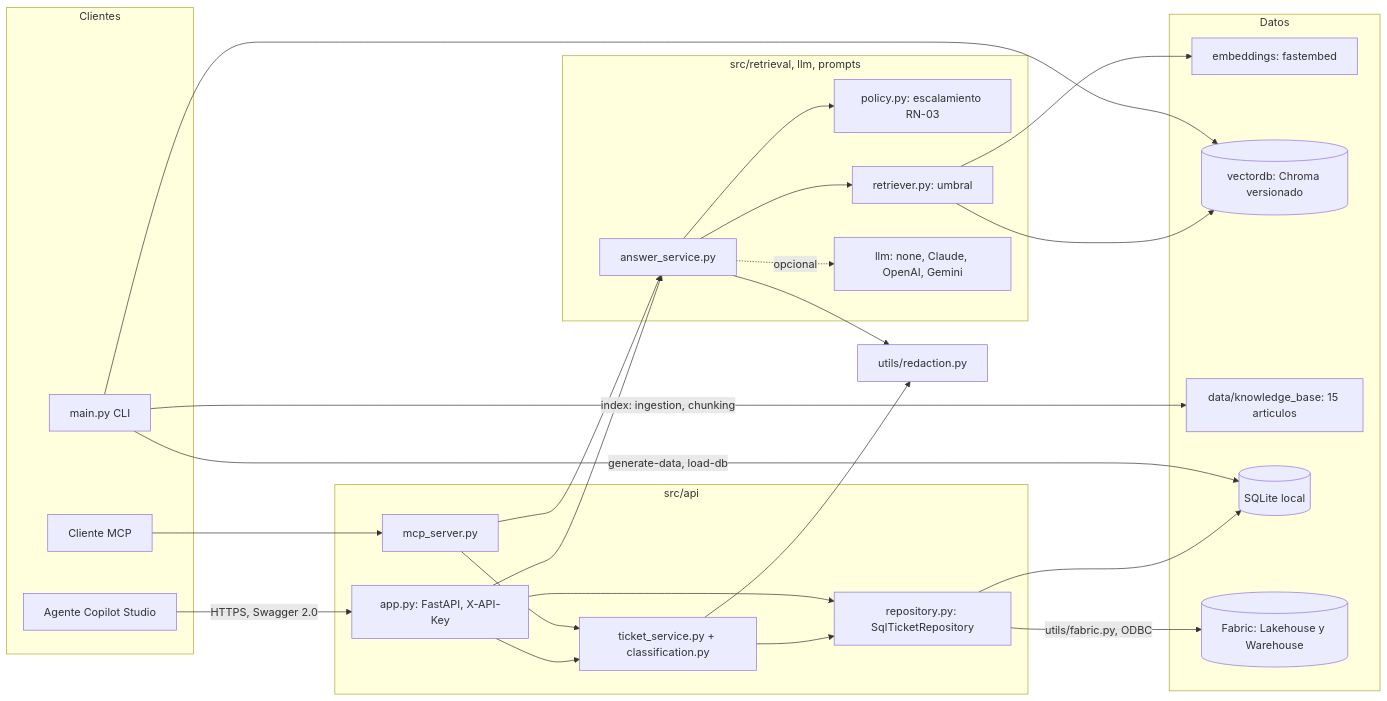
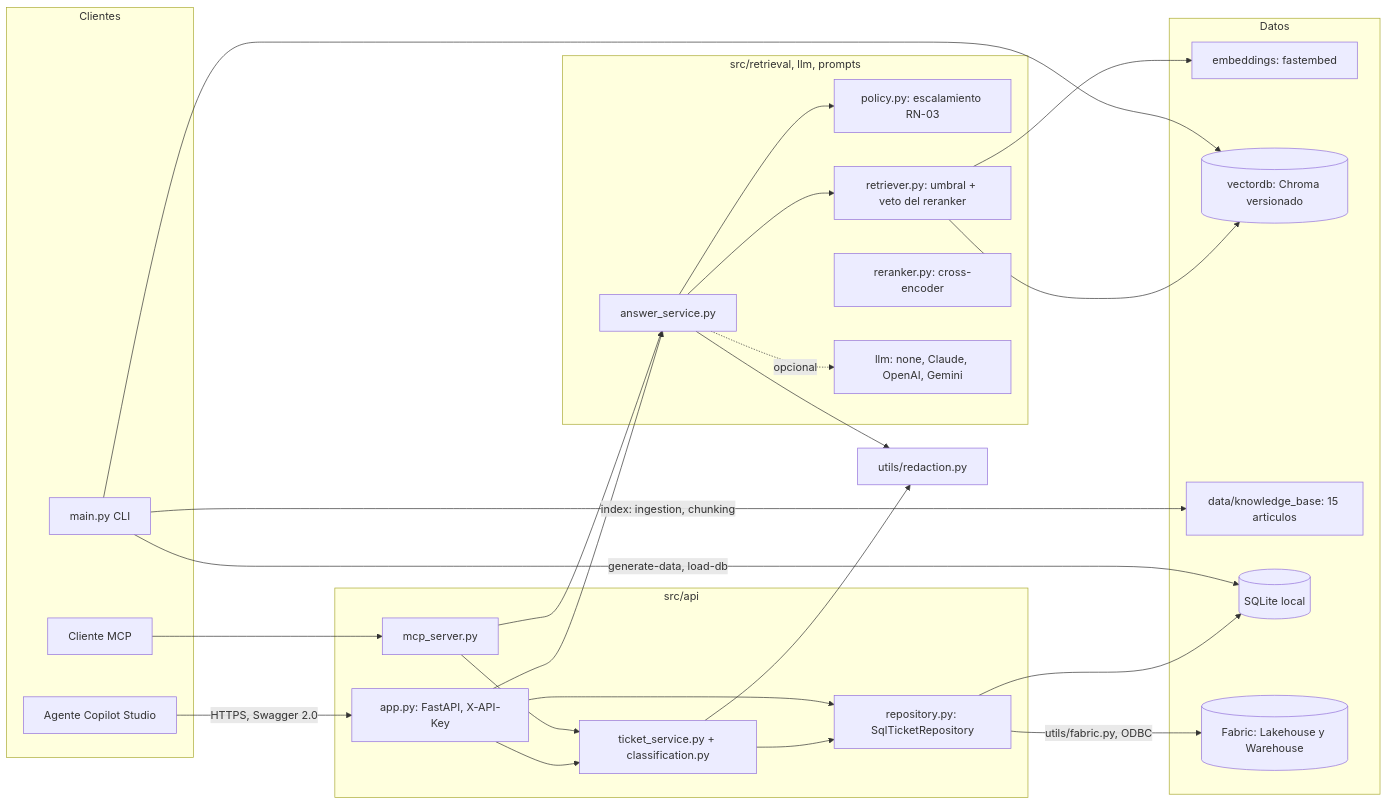
The first of 4 diagrams in docs/architecture.md (LuisFernandoAparicio21/deskpilot-ai), drawn with Mermaid before and after one commit. The commit also changed other lines of this file and 12 other files, not shown here.

First line of the commit message:
docs: update results, limits and flow for the reranker veto (PL-8)

````diff
--- a/docs/architecture.md
+++ b/docs/architecture.md
@@ -9,49 +9,50 @@
 ```mermaid
 flowchart LR
     subgraph Clientes
         CS[Agente Copilot Studio]
         MC[Cliente MCP]
         CLI[main.py CLI]
     end
     subgraph API["src/api"]
         APP[app.py: FastAPI, X-API-Key]
         MCPS[mcp_server.py]
         TS[ticket_service.py + classification.py]
         REPO[repository.py: SqlTicketRepository]
     end
     subgraph RAG["src/retrieval, llm, prompts"]
         ANS[answer_service.py]
         POL[policy.py: escalamiento RN-03]
-        RET[retriever.py: umbral]
+        RET[retriever.py: umbral + veto del reranker]
+        RRK[reranker.py: cross-encoder]
         LLM[llm: none, Claude, OpenAI, Gemini]
     end
     subgraph Datos
         EMB[embeddings: fastembed]
         VDB[(vectordb: Chroma versionado)]
         KB[data/knowledge_base: 15 articulos]
         SQLITE[(SQLite local)]
         FAB[(Fabric: Lakehouse y Warehouse)]
     end
     RED[utils/redaction.py]
 
     CS -->|HTTPS, Swagger 2.0| APP
     MC --> MCPS
     APP --> ANS
     APP --> TS
     MCPS --> ANS
     MCPS --> TS
     ANS --> RED
     ANS --> POL
     ANS --> RET
     ANS -.opcional.-> LLM
     RET --> EMB
     RET --> VDB
     TS --> RED
     TS --> REPO
     APP --> REPO
     REPO --> SQLITE
     REPO -->|utils/fabric.py, ODBC| FAB
     CLI -->|index: ingestion, chunking| KB
     CLI --> VDB
     CLI -->|generate-data, load-db| SQLITE
 ```
````
